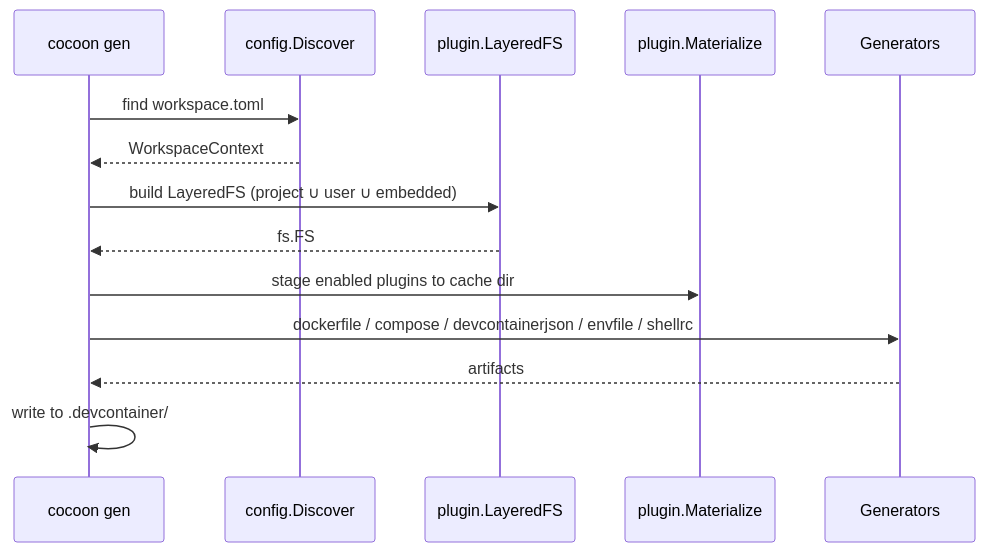
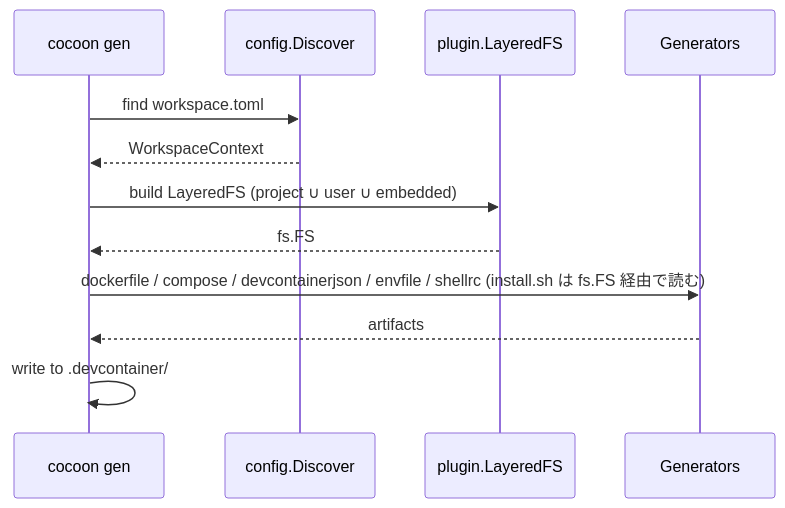
One commit to sukekyo26/cocoon changed the third of 3 diagrams in docs/architecture.ja.md. Above: the diagram before and after it, drawn with Mermaid. The commit also changed other lines of this file and 23 other files, not shown here.

````diff
--- a/docs/architecture.ja.md
+++ b/docs/architecture.ja.md
@@ -61,16 +59,14 @@
 ```mermaid
 sequenceDiagram
     participant cli as cocoon gen
     participant cfg as config.Discover
     participant fs as plugin.LayeredFS
-    participant mat as plugin.Materialize
     participant gen as Generators
     cli->>cfg: find workspace.toml
     cfg-->>cli: WorkspaceContext
     cli->>fs: build LayeredFS (project ∪ user ∪ embedded)
     fs-->>cli: fs.FS
-    cli->>mat: stage enabled plugins to cache dir
-    cli->>gen: dockerfile / compose / devcontainerjson / envfile / shellrc
+    cli->>gen: dockerfile / compose / devcontainerjson / envfile / shellrc (install.sh は fs.FS 経由で読む)
     gen-->>cli: artifacts
     cli->>cli: write to .devcontainer/
 ```
````
